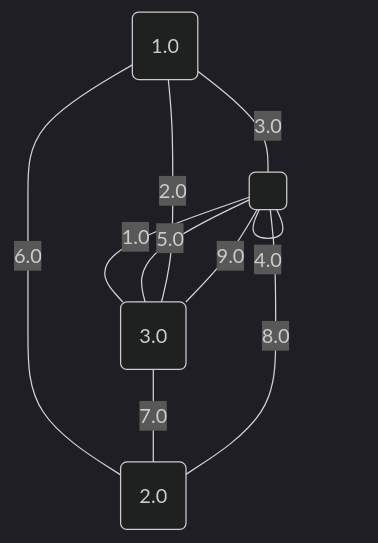
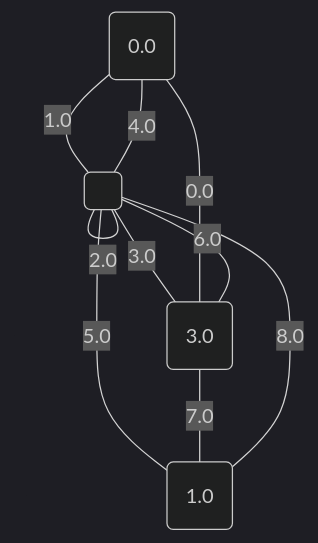
Before and after one commit to metury/graphs: diagram 13 of 17 in project/src/testing/minCutPetersen.md, drawn with Mermaid (dark theme). The commit also changed other lines of this file and 50 other files, not shown here.

````diff
--- a/project/src/testing/minCutPetersen.md
+++ b/project/src/testing/minCutPetersen.md
@@ -335,16 +335,16 @@
 ```mermaid
 graph TD;
-0("1.0");
-1("2.0");
+0("0.0");
+1("1.0");
 2("3.0");
 3(" ");
-	3 -- "1.0" --- 2;
-	2 -- "2.0" --- 0;
-	0 -- "3.0" --- 3;
-	3 -- "4.0" --- 3;
-	3 -- "5.0" --- 2;
-	0 -- "6.0" --- 1;
+	2 -- "0.0" --- 0;
+	0 -- "1.0" --- 3;
+	3 -- "2.0" --- 3;
+	3 -- "3.0" --- 2;
+	0 -- "4.0" --- 3;
+	3 -- "5.0" --- 1;
+	2 -- "6.0" --- 3;
 	2 -- "7.0" --- 1;
 	3 -- "8.0" --- 1;
-	2 -- "9.0" --- 3;
 ```
````
